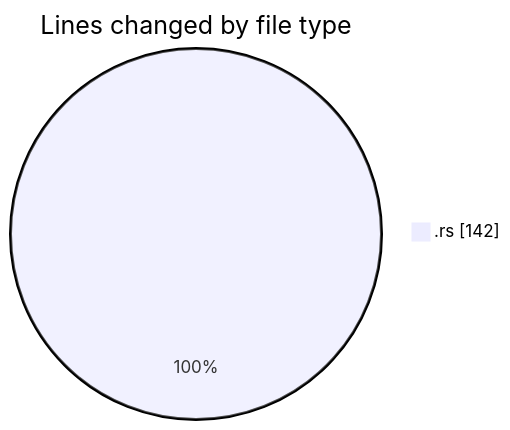
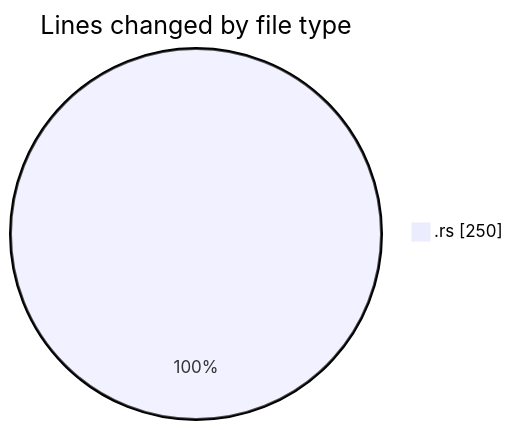
The first of 2 diagrams in 2025-12-28/rust/README.md (Ritupan-Deka/code-tracking), drawn with Mermaid before and after one commit. The commit also changed other lines of this file and 1 other file, not shown here.

````diff
--- a/2025-12-28/rust/README.md
+++ b/2025-12-28/rust/README.md
@@ -20,5 +20,5 @@
 ```mermaid
 pie showData
 title Lines changed by file type
-".rs" : 142
+".rs" : 250
 ```
````
